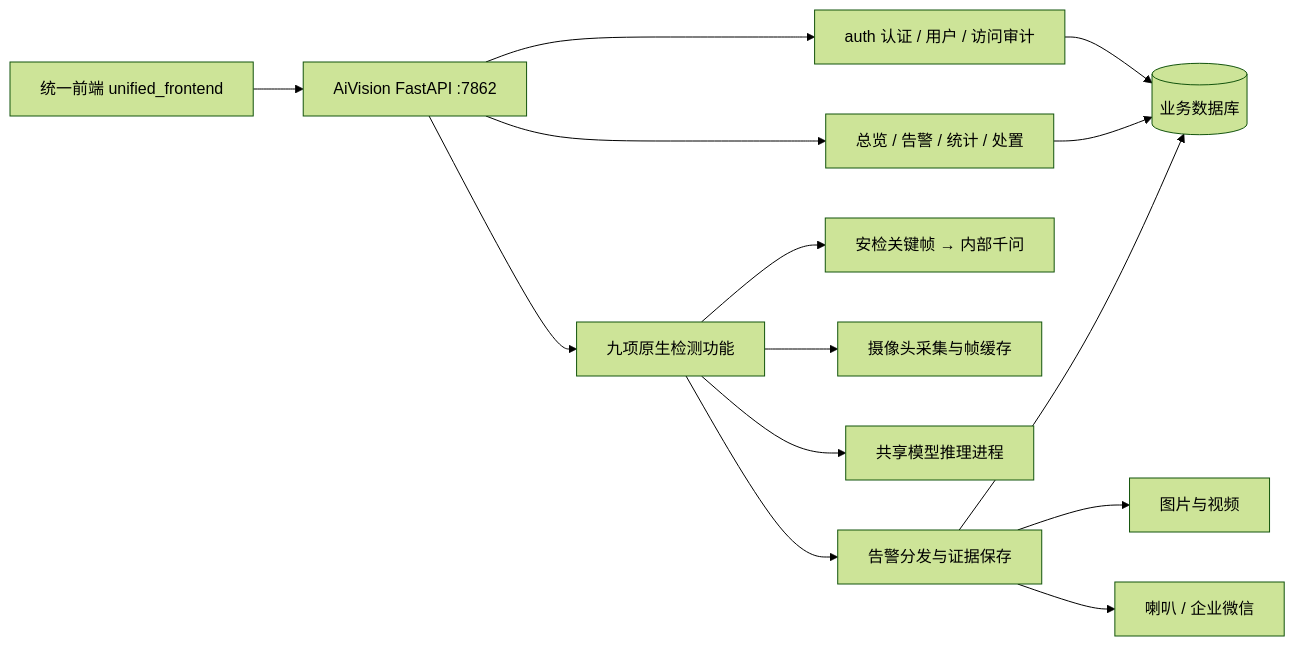
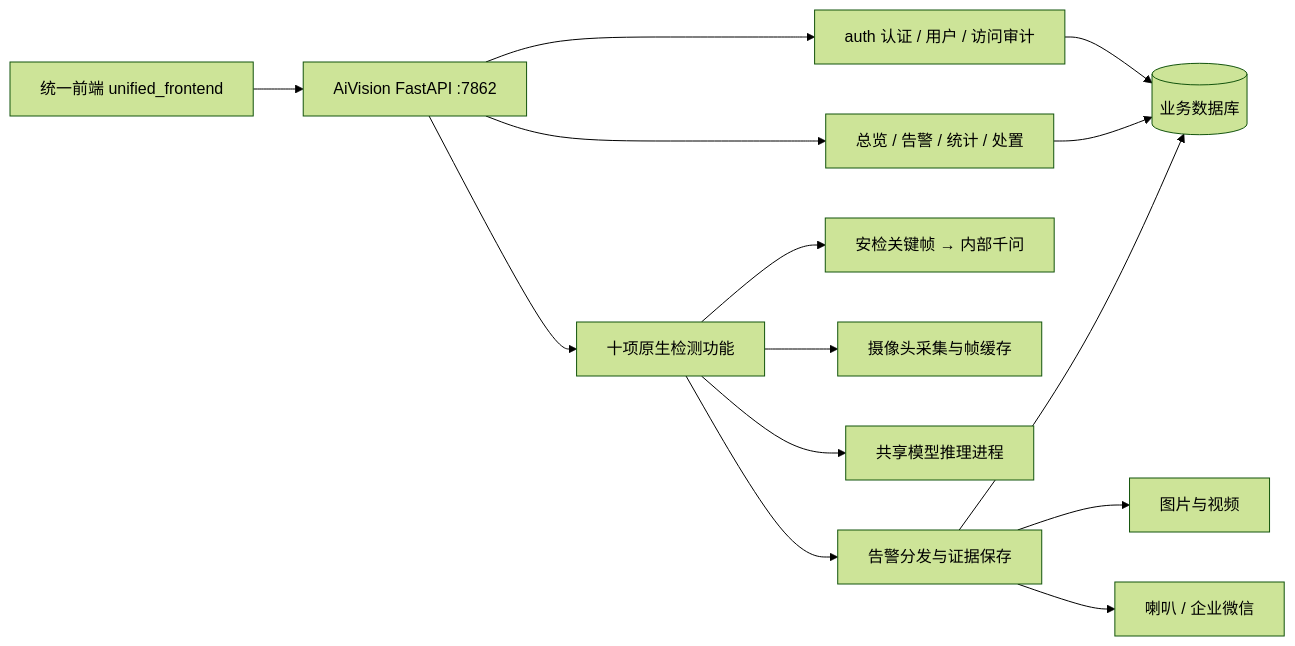
Before and after one commit to asmellperson/CVproject1: the first of 3 diagrams in AiVision/README.md, drawn with Mermaid (forest theme). The commit also changed other lines of this file and 5 other files, not shown here.

````diff
--- a/AiVision/README.md
+++ b/AiVision/README.md
@@ -29,16 +29,16 @@
 ```mermaid
 flowchart LR
     UI[统一前端 unified_frontend] --> API[AiVision FastAPI :7862]
     API --> Auth[auth 认证 / 用户 / 访问审计]
-    API --> Features[九项原生检测功能]
+    API --> Features[十项原生检测功能]
     API --> Records[总览 / 告警 / 统计 / 处置]
     Auth --> DB
     Records --> DB
     Features --> Qwen[安检关键帧 → 内部千问]
     Features --> Cameras[摄像头采集与帧缓存]
     Features --> Models[共享模型推理进程]
     Features --> Alarms[告警分发与证据保存]
     Alarms --> DB[(业务数据库)]
     Alarms --> Media[图片与视频]
     Alarms --> Notify[喇叭 / 企业微信]
 ```
````
